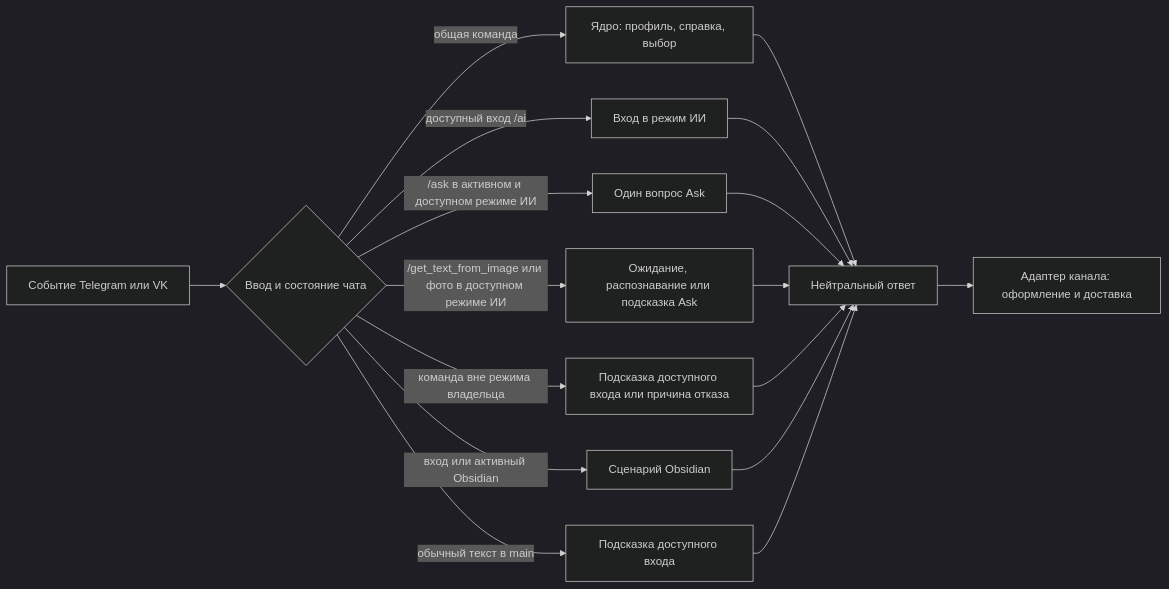
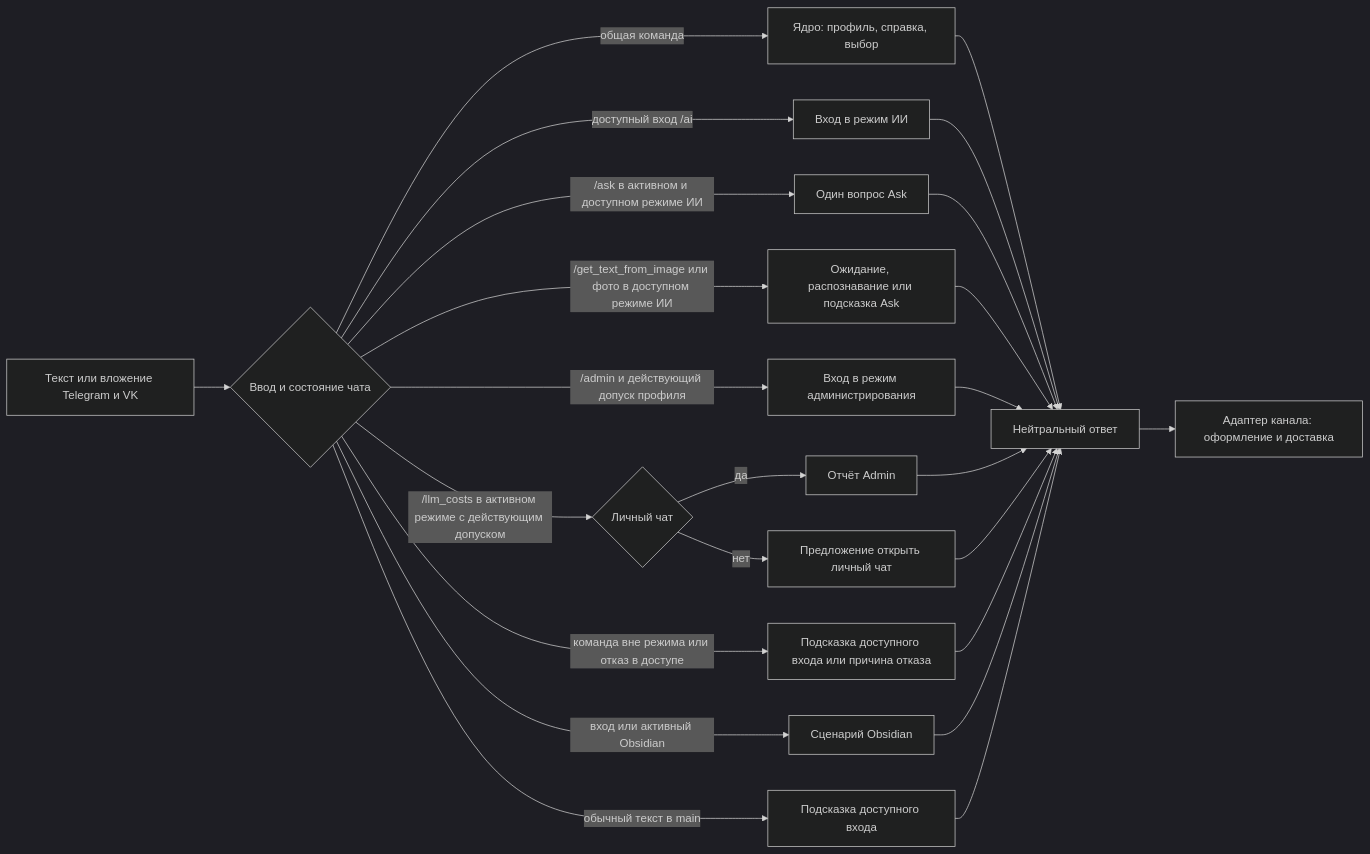
Before and after one commit to karateka-git/compadre-assistant: the diagram in docs/USER_MESSAGES.md, drawn with Mermaid (dark theme). The commit also changed other lines of this file and 9 other files, not shown here.

Commit message:
Описать настройку и использование режима администрирования

````diff
--- a/docs/USER_MESSAGES.md
+++ b/docs/USER_MESSAGES.md
@@ -19,19 +20,26 @@
 ```mermaid
 flowchart LR
-    A[Событие Telegram или VK] --> B{Ввод и состояние чата}
+    A[Текст или вложение Telegram и VK] --> B{Ввод и состояние чата}
     B -->|общая команда| C[Ядро: профиль, справка, выбор]
     B -->|доступный вход /ai| D[Вход в режим ИИ]
     B -->|/ask в активном и доступном режиме ИИ| I[Один вопрос Ask]
     B -->|/get_text_from_image или фото в доступном режиме ИИ| K[Ожидание, распознавание или подсказка Ask]
-    B -->|команда вне режима владельца| J[Подсказка доступного входа или причина отказа]
+    B -->|/admin и действующий допуск профиля| L[Вход в режим администрирования]
+    B -->|/llm_costs в активном режиме с действующим допуском| M{Личный чат}
+    M -->|да| N[Отчёт Admin]
+    M -->|нет| P[Предложение открыть личный чат]
+    B -->|команда вне режима или отказ в доступе| J[Подсказка доступного входа или причина отказа]
     B -->|вход или активный Obsidian| E[Сценарий Obsidian]
     B -->|обычный текст в main| F[Подсказка доступного входа]
     C --> G[Нейтральный ответ]
     D --> G
     I --> G
     K --> G
+    L --> G
+    N --> G
+    P --> G
     J --> G
     E --> G
     F --> G
     G --> H[Адаптер канала: оформление и доставка]
 ```
````
